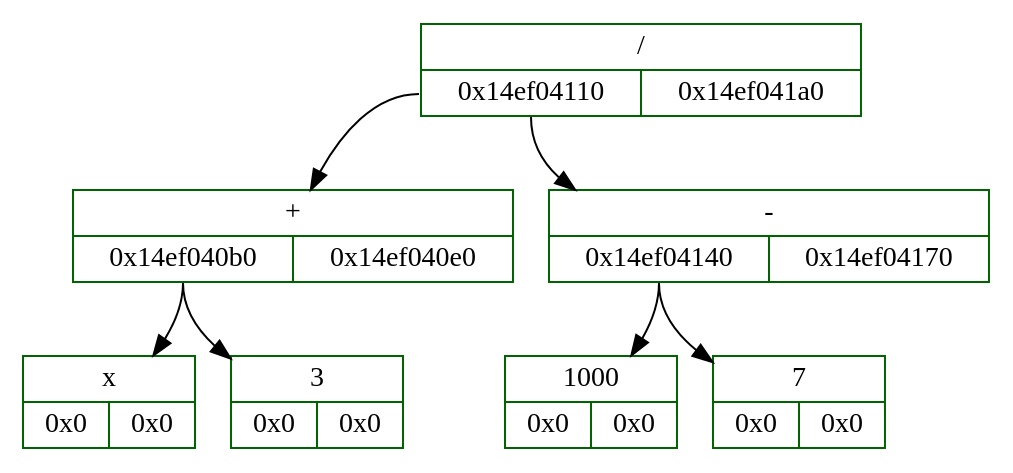
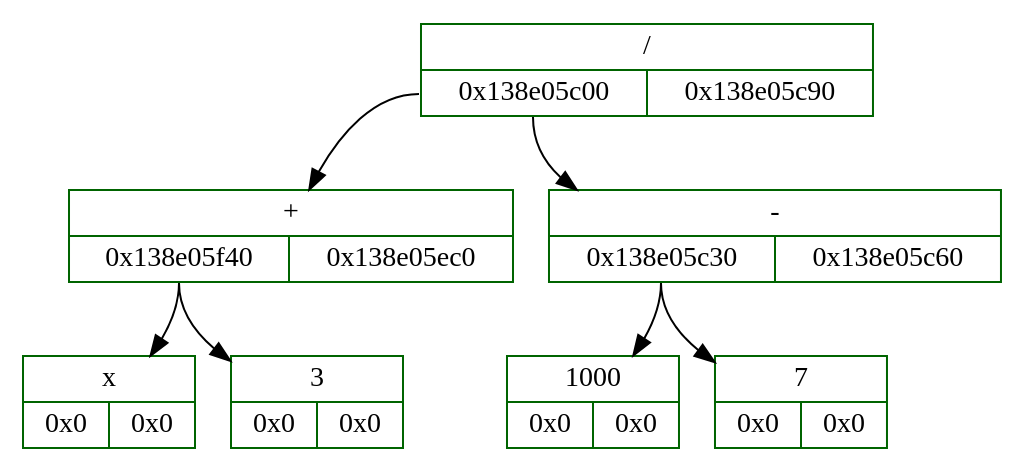
One commit to whiterno/bin_exp_tree changed the diagram in log/dump.dot. Above: the diagram before and after it, drawn with Graphviz. The commit also changed 9 other files, not shown here.

```diff
--- a/log/dump.dot
+++ b/log/dump.dot
@@ -1,17 +1,17 @@
 digraph D{
 	rankdir = TB
 
-	node_7 [color = "darkgreen", style = "filled", shape = "record", fillcolor = "white", label = "{ /  | {<fl7> 0x14ef04110 | <fr7> 0x14ef041a0}}"]
+	node_7 [color = "darkgreen", style = "filled", shape = "record", fillcolor = "white", label = "{ /  | {<fl7> 0x138e05c00 | <fr7> 0x138e05c90}}"]
 	node_7: <fl7> -> node_6 [color = "black", arrowhead = "normal", label = ""]
-	node_6 [color = "darkgreen", style = "filled", shape = "record", fillcolor = "white", label = "{ +  | {<fl6> 0x14ef040b0 | <fr6> 0x14ef040e0}}"]
+	node_6 [color = "darkgreen", style = "filled", shape = "record", fillcolor = "white", label = "{ +  | {<fl6> 0x138e05f40 | <fr6> 0x138e05ec0}}"]
 	node_6: <fl6> -> node_5 [color = "black", arrowhead = "normal", label = ""]
 	node_5 [color = "darkgreen", style = "filled", shape = "record", fillcolor = "white", label = "{ x  | {<fl5> 0x0 | <fr5> 0x0}}"]
 	node_6: <fl6> -> node_4 [color = "black", arrowhead = "normal", label = ""]
 	node_4 [color = "darkgreen", style = "filled", shape = "record", fillcolor = "white", label = "{3  | {<fl4> 0x0 | <fr4> 0x0}}"]
 	node_7: <fl7> -> node_3 [color = "black", arrowhead = "normal", label = ""]
-	node_3 [color = "darkgreen", style = "filled", shape = "record", fillcolor = "white", label = "{ -  | {<fl3> 0x14ef04140 | <fr3> 0x14ef04170}}"]
+	node_3 [color = "darkgreen", style = "filled", shape = "record", fillcolor = "white", label = "{ -  | {<fl3> 0x138e05c30 | <fr3> 0x138e05c60}}"]
 	node_3: <fl3> -> node_2 [color = "black", arrowhead = "normal", label = ""]
 	node_2 [color = "darkgreen", style = "filled", shape = "record", fillcolor = "white", label = "{1000  | {<fl2> 0x0 | <fr2> 0x0}}"]
 	node_3: <fl3> -> node_1 [color = "black", arrowhead = "normal", label = ""]
 	node_1 [color = "darkgreen", style = "filled", shape = "record", fillcolor = "white", label = "{7  | {<fl1> 0x0 | <fr1> 0x0}}"]
 }
```
